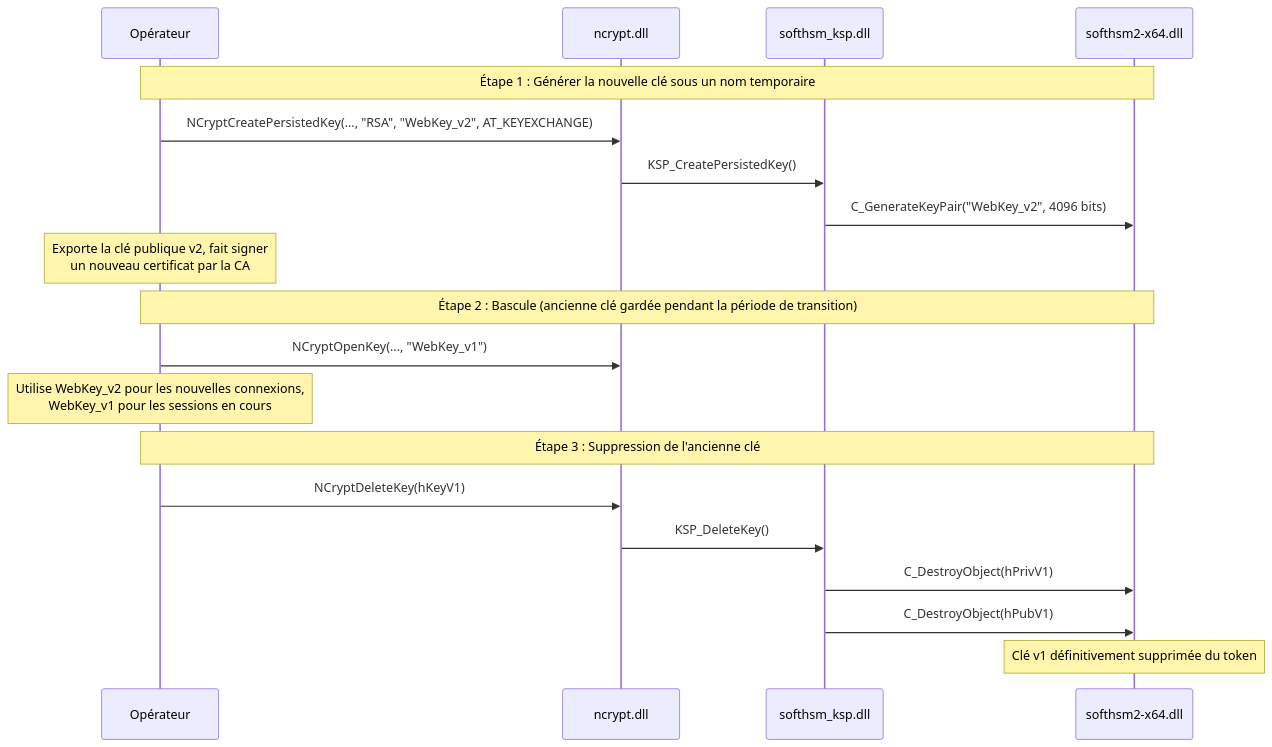
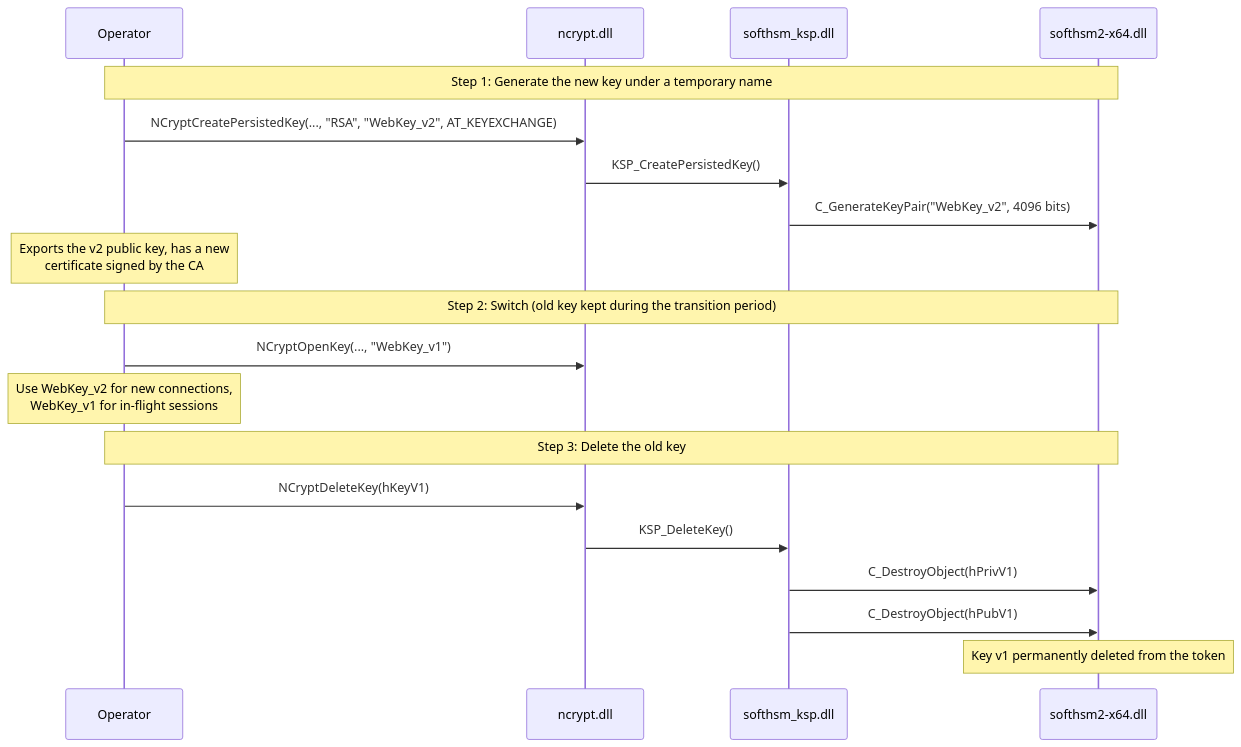
One commit to Gaillotte/Noida changed the fourth of 6 diagrams in softhsm_ksp/docs/08-flux-complets.md. Above: the diagram before and after it, drawn with Mermaid. The commit also changed other lines of this file and 9 other files, not shown here.

````diff
--- a/softhsm_ksp/docs/08-flux-complets.md
+++ b/softhsm_ksp/docs/08-flux-complets.md
@@ -136,28 +136,28 @@
 ```mermaid
 sequenceDiagram
-    participant Ops as Opérateur
+    participant Ops as Operator
     participant NCrypt as ncrypt.dll
     participant KSP as softhsm_ksp.dll
     participant HSM as softhsm2-x64.dll
 
-    note over Ops,HSM: Étape 1 : Générer la nouvelle clé sous un nom temporaire
+    note over Ops,HSM: Step 1: Generate the new key under a temporary name
 
     Ops->>NCrypt: NCryptCreatePersistedKey(..., "RSA", "WebKey_v2", AT_KEYEXCHANGE)
     NCrypt->>KSP: KSP_CreatePersistedKey()
     KSP->>HSM: C_GenerateKeyPair("WebKey_v2", 4096 bits)
 
-    note over Ops: Exporte la clé publique v2, fait signer<br/>un nouveau certificat par la CA
+    note over Ops: Exports the v2 public key, has a new<br/>certificate signed by the CA
 
-    note over Ops,HSM: Étape 2 : Bascule (ancienne clé gardée pendant la période de transition)
+    note over Ops,HSM: Step 2: Switch (old key kept during the transition period)
 
     Ops->>NCrypt: NCryptOpenKey(..., "WebKey_v1")
-    note over Ops: Utilise WebKey_v2 pour les nouvelles connexions,<br/>WebKey_v1 pour les sessions en cours
+    note over Ops: Use WebKey_v2 for new connections,<br/>WebKey_v1 for in-flight sessions
 
-    note over Ops,HSM: Étape 3 : Suppression de l'ancienne clé
+    note over Ops,HSM: Step 3: Delete the old key
 
     Ops->>NCrypt: NCryptDeleteKey(hKeyV1)
     NCrypt->>KSP: KSP_DeleteKey()
     KSP->>HSM: C_DestroyObject(hPrivV1)
     KSP->>HSM: C_DestroyObject(hPubV1)
-    note over HSM: Clé v1 définitivement supprimée du token
+    note over HSM: Key v1 permanently deleted from the token
 ```
````
